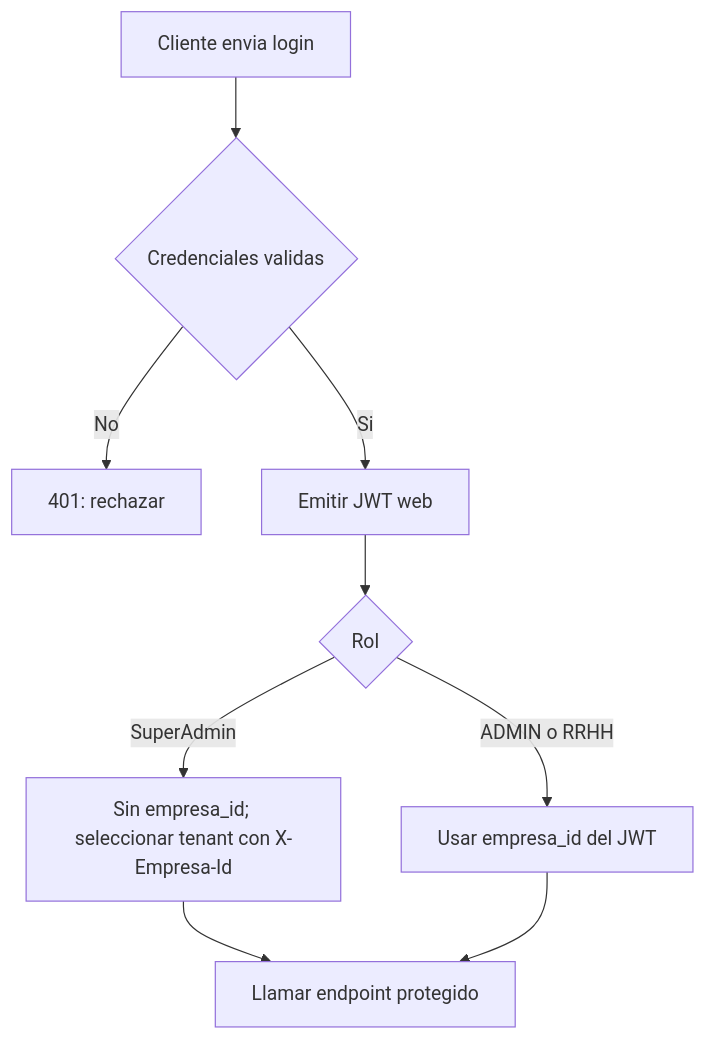
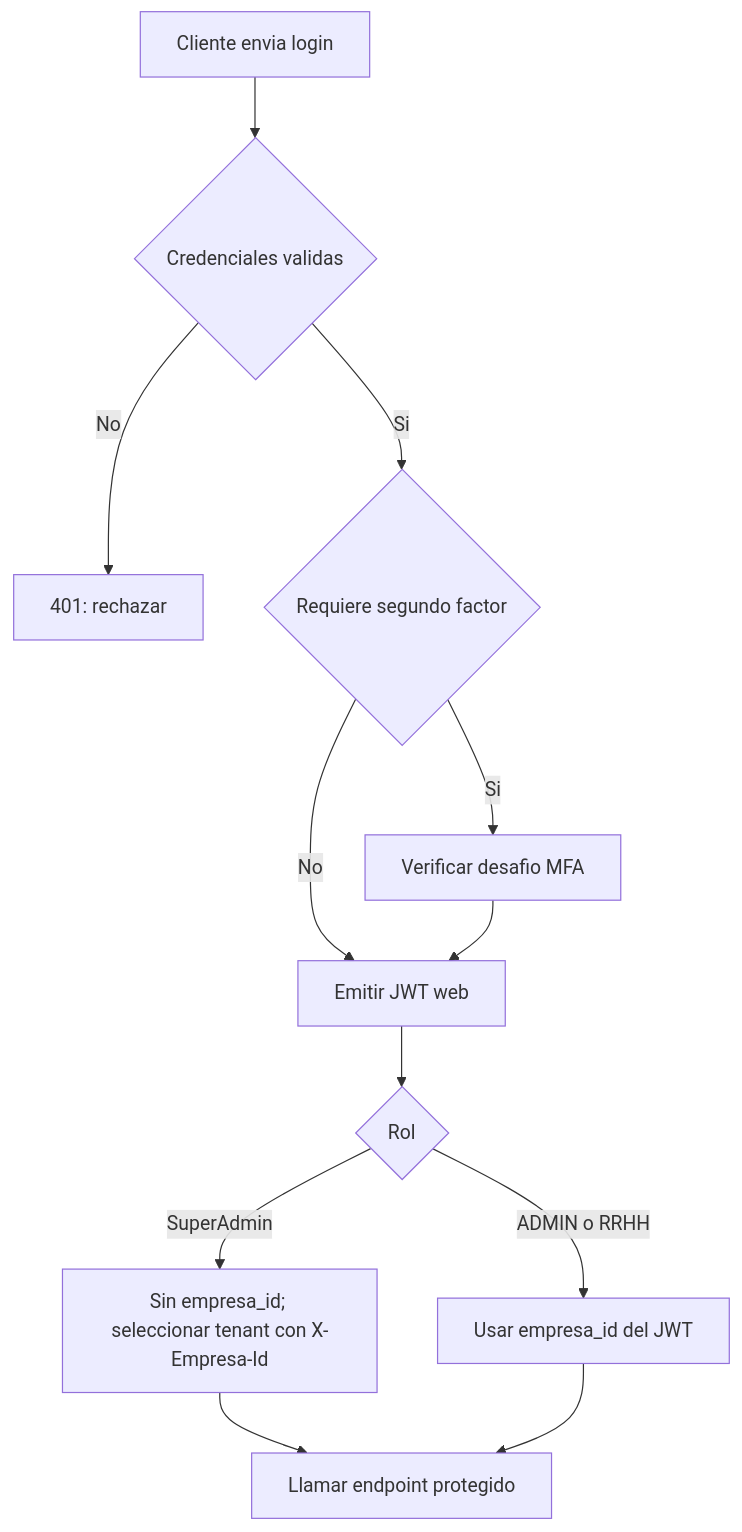
Before and after one commit to SamusSalinas/ControlFichajes.API: the first of 2 diagrams in Documentacion API control de fichadas/API/01-Contrato-y-autenticacion.md, drawn with Mermaid. The commit also changed other lines of this file and 6 other files, not shown here.

````diff
--- a/Documentacion API control de fichadas/API/01-Contrato-y-autenticacion.md
+++ b/Documentacion API control de fichadas/API/01-Contrato-y-autenticacion.md
@@ -32,11 +33,14 @@
 ```mermaid
 flowchart TD
     Start["Cliente envia login"] --> Valid{"Credenciales validas"}
     Valid -- No --> Reject["401: rechazar"]
-    Valid -- Si --> Token["Emitir JWT web"]
+    Valid -- Si --> MFA{"Requiere segundo factor"}
+    MFA -- Si --> Challenge["Verificar desafio MFA"]
+    MFA -- No --> Token["Emitir JWT web"]
+    Challenge --> Token
     Token --> Role{"Rol"}
     Role -- "SuperAdmin" --> Global["Sin empresa_id; seleccionar tenant con X-Empresa-Id"]
     Role -- "ADMIN o RRHH" --> Tenant["Usar empresa_id del JWT"]
     Global --> Request["Llamar endpoint protegido"]
     Tenant --> Request
 ```
````
